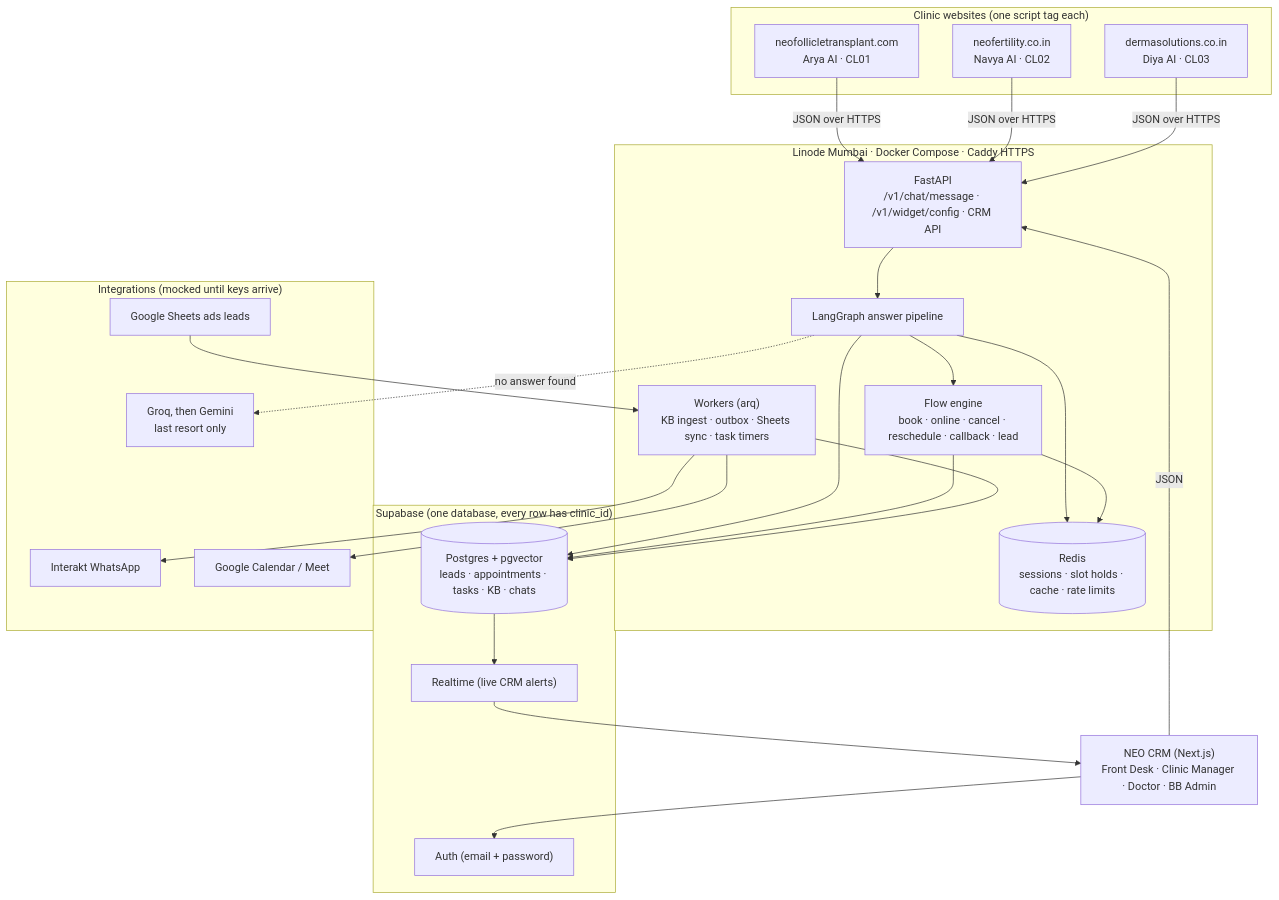
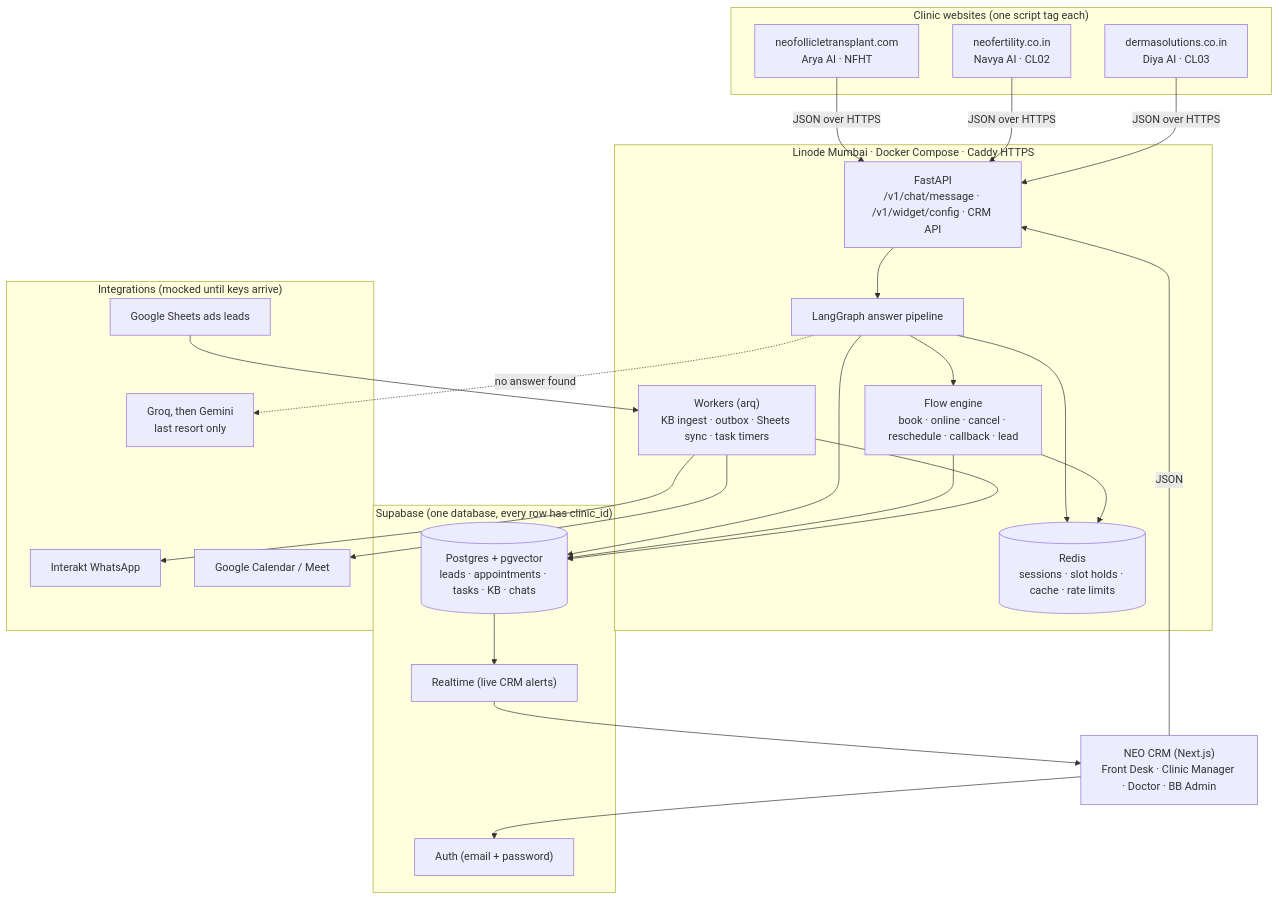
Before and after one commit to BrilliantBrains-CodeBase/NEO-Chatbot: the first of 6 diagrams in docs/DIAGRAMS.md, drawn with Mermaid. The commit also changed 109 other files, not shown here.

````diff
--- a/docs/DIAGRAMS.md
+++ b/docs/DIAGRAMS.md
@@ -9,45 +9,45 @@
 ```mermaid
 flowchart TB
   subgraph Sites["Clinic websites (one script tag each)"]
-    W1["neofollicletransplant.com<br/>Arya AI · CL01"]
+    W1["neofollicletransplant.com<br/>Arya AI · NFHT"]
     W2["neofertility.co.in<br/>Navya AI · CL02"]
     W3["dermasolutions.co.in<br/>Diya AI · CL03"]
   end
 
   subgraph Server["Linode Mumbai · Docker Compose · Caddy HTTPS"]
     API["FastAPI<br/>/v1/chat/message · /v1/widget/config · CRM API"]
     LG["LangGraph answer pipeline"]
     FE["Flow engine<br/>book · online · cancel · reschedule · callback · lead"]
     WK["Workers (arq)<br/>KB ingest · outbox · Sheets sync · task timers"]
     R[("Redis<br/>sessions · slot holds · cache · rate limits")]
   end
 
   subgraph DB["Supabase (one database, every row has clinic_id)"]
     PG[("Postgres + pgvector<br/>leads · appointments · tasks · KB · chats")]
     AU["Auth (email + password)"]
     RT["Realtime (live CRM alerts)"]
   end
 
   CRM["NEO CRM (Next.js)<br/>Front Desk · Clinic Manager · Doctor · BB Admin"]
 
   subgraph Ext["Integrations (mocked until keys arrive)"]
     LLM["Groq, then Gemini<br/>last resort only"]
     IK["Interakt WhatsApp"]
     GC["Google Calendar / Meet"]
     GS["Google Sheets ads leads"]
   end
 
   W1 & W2 & W3 -- "JSON over HTTPS" --> API
   API --> LG --> FE
   LG --> R
   FE --> R
   LG --> PG
   FE --> PG
   LG -. "no answer found" .-> LLM
   WK --> PG
   WK --> IK & GC
   GS --> WK
   PG --> RT --> CRM
   CRM -- "JSON" --> API
   CRM --> AU
 ```
````
